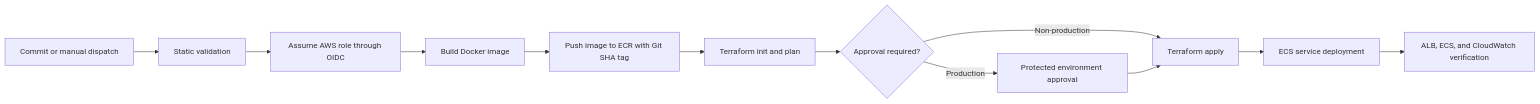
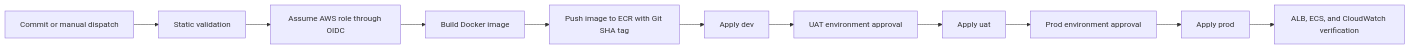
Before and after one commit to danielblakeman10/Container-Build-Platform: the fourth of 4 diagrams in README.md, drawn with Mermaid. The commit also changed other lines of this file and 13 other files, not shown here.

Commit message:
Add dev uat prod promotion pipeline

````diff
--- a/README.md
+++ b/README.md
@@ -188,14 +190,13 @@
 ```mermaid
 flowchart LR
     Commit[Commit or manual dispatch] --> Validate[Static validation]
     Validate --> Auth[Assume AWS role through OIDC]
     Auth --> Build[Build Docker image]
     Build --> Publish[Push image to ECR with Git SHA tag]
-    Publish --> Plan[Terraform init and plan]
-    Plan --> Gate{Approval required?}
-    Gate -->|Non-production| Apply[Terraform apply]
-    Gate -->|Production| Approval[Protected environment approval]
-    Approval --> Apply
-    Apply --> Deploy[ECS service deployment]
-    Deploy --> Verify[ALB, ECS, and CloudWatch verification]
+    Publish --> Dev[Apply dev]
+    Dev --> UATGate[UAT environment approval]
+    UATGate --> UAT[Apply uat]
+    UAT --> ProdGate[Prod environment approval]
+    ProdGate --> Prod[Apply prod]
+    Prod --> Verify[ALB, ECS, and CloudWatch verification]
 ```
````
